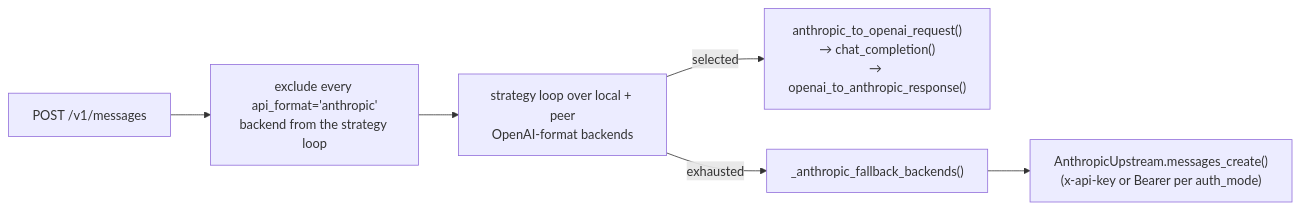
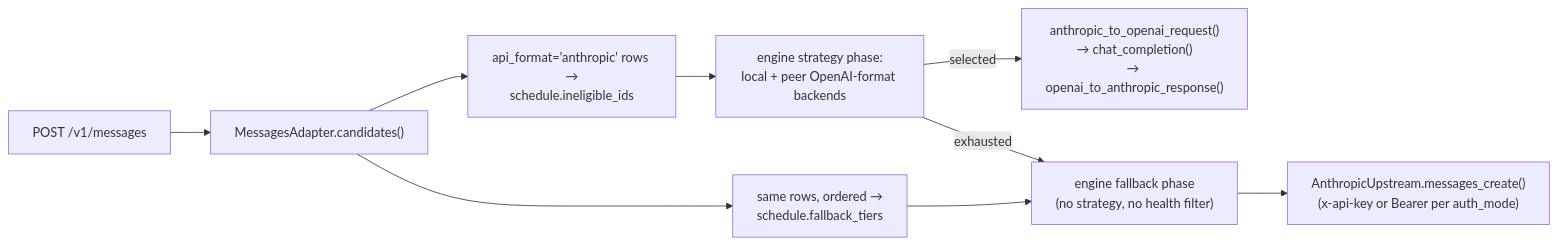
One commit to matthewdcage/llm-swarm-router changed the fifth of 5 diagrams in docs/architecture/03-request-lifecycle.md. Above: the diagram before and after it, drawn with Mermaid. The commit also changed other lines of this file and 77 other files, not shown here.

````diff
--- a/docs/architecture/03-request-lifecycle.md
+++ b/docs/architecture/03-request-lifecycle.md
@@ -174,8 +267,11 @@
 ```mermaid
 flowchart LR
-    M["POST /v1/messages"] --> EXCL["exclude every api_format='anthropic'<br/>backend from the strategy loop"]
-    EXCL --> LOOP["strategy loop over local + peer<br/>OpenAI-format backends"]
+    M["POST /v1/messages"] --> SCHED["MessagesAdapter.candidates()"]
+    SCHED --> INEL["api_format='anthropic' rows →<br/>schedule.ineligible_ids"]
+    SCHED --> TIER["same rows, ordered →<br/>schedule.fallback_tiers"]
+    INEL --> LOOP["engine strategy phase:<br/>local + peer OpenAI-format backends"]
     LOOP -->|"selected"| TR["anthropic_to_openai_request()<br/>→ chat_completion()<br/>→ openai_to_anthropic_response()"]
-    LOOP -->|"exhausted"| FB["_anthropic_fallback_backends()"]
-    FB --> NATIVE["AnthropicUpstream.messages_create()<br/>(x-api-key or Bearer per auth_mode)"]
+    LOOP -->|"exhausted"| FBP["engine fallback phase<br/>(no strategy, no health filter)"]
+    TIER --> FBP
+    FBP --> NATIVE["AnthropicUpstream.messages_create()<br/>(x-api-key or Bearer per auth_mode)"]
 ```
````
